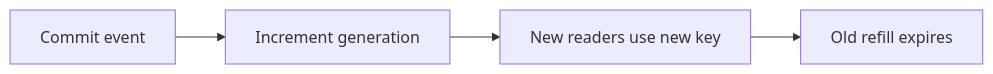
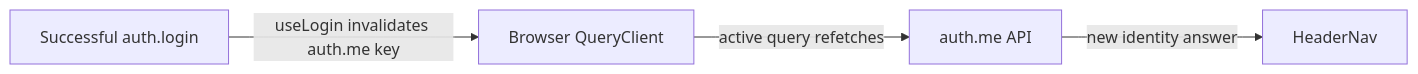
One commit to maheshnd/minitickets changed the diagram in docs/handbook/concepts/query-invalidation.md. Above: the diagram before and after it, drawn with Mermaid. The commit also changed other lines of this file and 119 other files, not shown here.

````diff
--- a/docs/handbook/concepts/query-invalidation.md
+++ b/docs/handbook/concepts/query-invalidation.md
@@ -17,7 +18,6 @@
 ```mermaid
 flowchart LR
-    n0["Commit event"] --> n1
-    n1["Increment generation"] --> n2
-    n2["New readers use new key"] --> n3
-    n3["Old refill expires"]
+login["Successful auth.login"] -->|"useLogin invalidates auth.me key"| cache["Browser QueryClient"]
+    cache -->|"active query refetches"| api["auth.me API"]
+    api -->|"new identity answer"| header["HeaderNav"]
 ```
````
